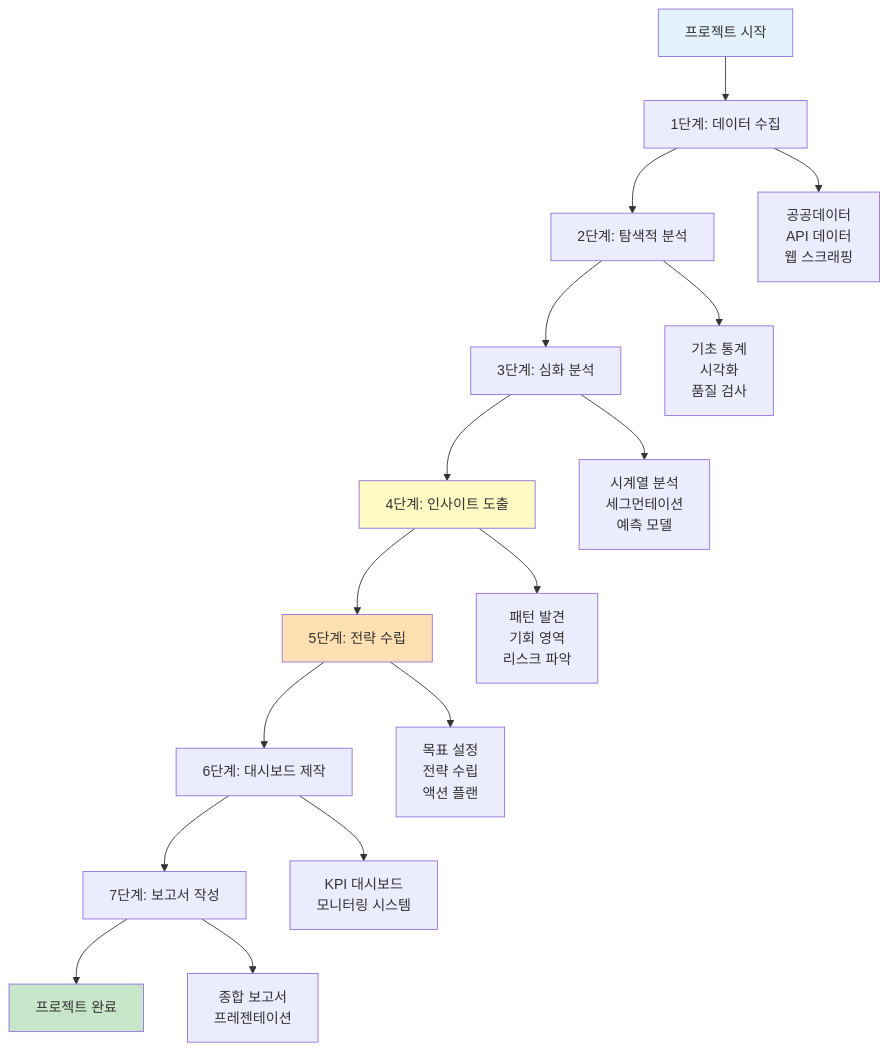
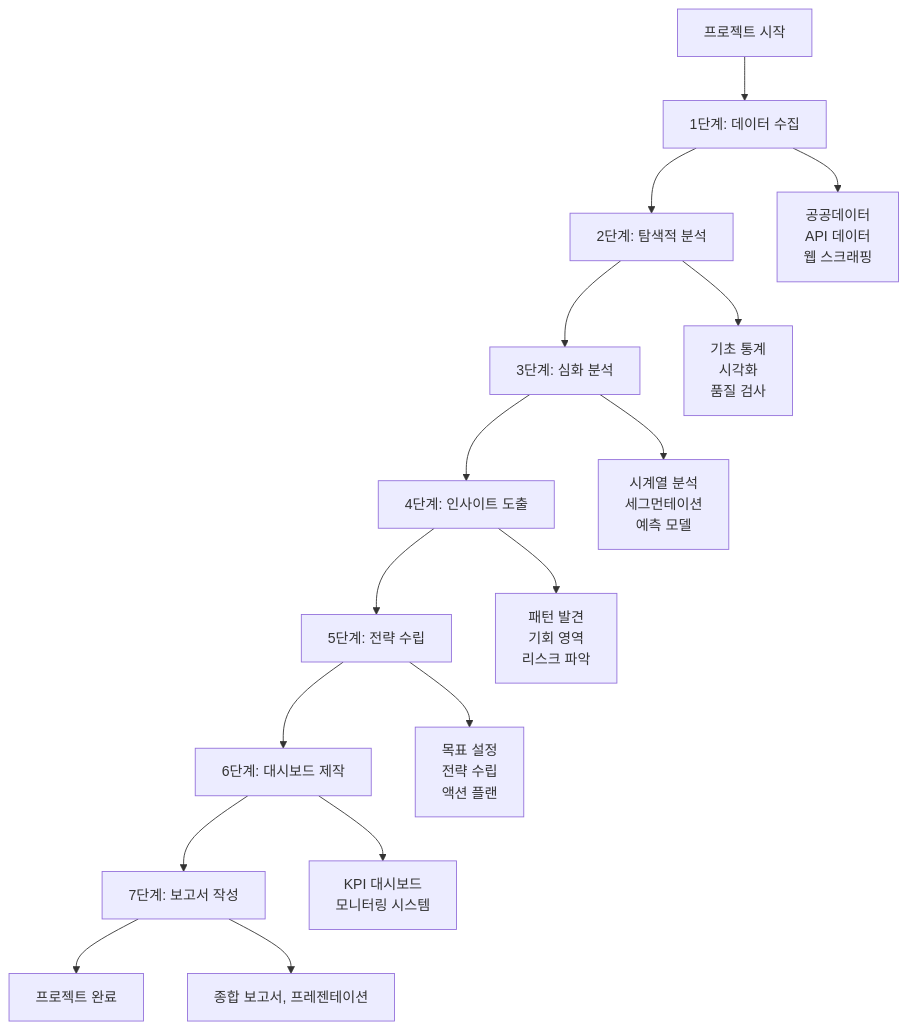
Before and after one commit to nugurejeil/weniVooks: the seventh of 8 diagrams in _md/genai-notion/chapter04/04-3.md, drawn with Mermaid. The commit also changed other lines of this file and 187 other files, not shown here.

````diff
--- a/_md/genai-notion/chapter04/04-3.md
+++ b/_md/genai-notion/chapter04/04-3.md
@@ -585,24 +566,19 @@
 ```mermaid
 graph TB
     A[프로젝트 시작] --> B[1단계: 데이터 수집]
     B --> C[2단계: 탐색적 분석]
     C --> D[3단계: 심화 분석]
     D --> E[4단계: 인사이트 도출]
     E --> F[5단계: 전략 수립]
     F --> G[6단계: 대시보드 제작]
     G --> H[7단계: 보고서 작성]
     H --> I[프로젝트 완료]
 
     B --> B1[공공데이터<br/>API 데이터<br/>웹 스크래핑]
     C --> C1[기초 통계<br/>시각화<br/>품질 검사]
     D --> D1[시계열 분석<br/>세그먼테이션<br/>예측 모델]
     E --> E1[패턴 발견<br/>기회 영역<br/>리스크 파악]
     F --> F1[목표 설정<br/>전략 수립<br/>액션 플랜]
     G --> G1[KPI 대시보드<br/>모니터링 시스템]
-    H --> H1[종합 보고서<br/>프레젠테이션]
-
-    style A fill:#E3F2FD
-    style E fill:#FFF9C4
-    style F fill:#FFE0B2
-    style I fill:#C8E6C9
+    H --> H1["종합 보고서, 프레젠테이션"]
 ```
````
